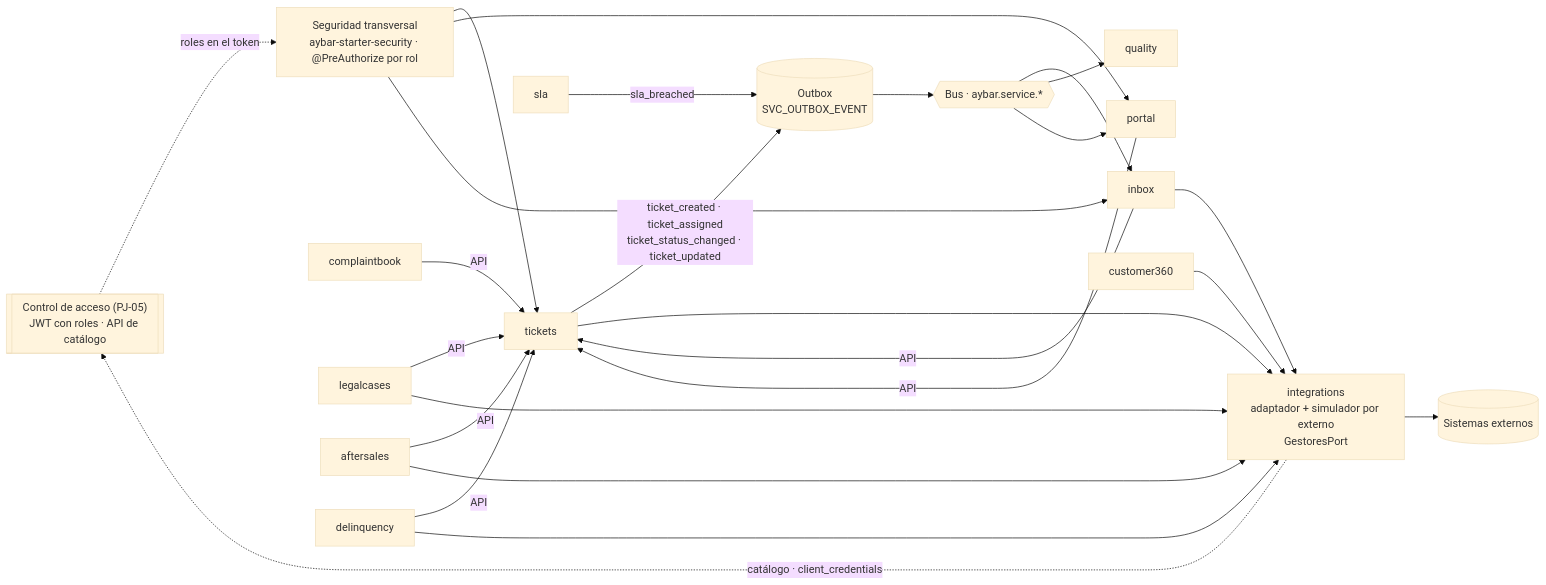
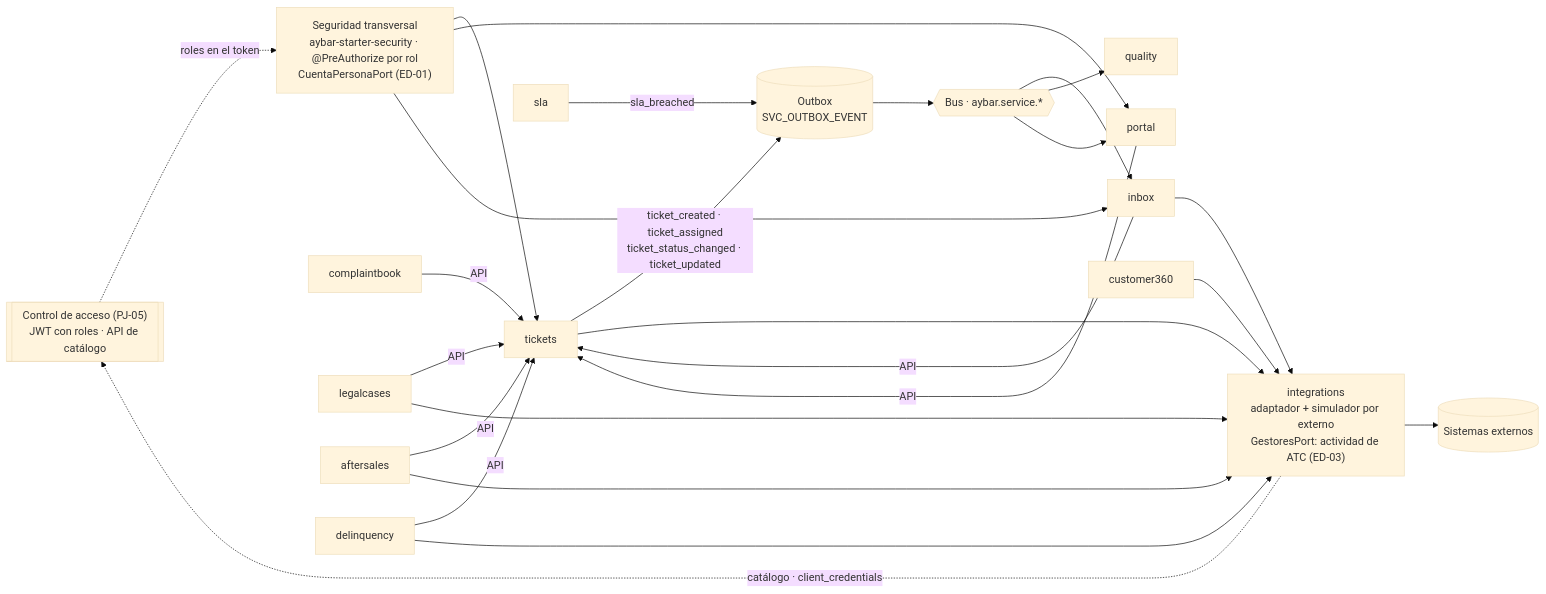
Before and after one commit to michel-poma-huachihuaco/tyc-mockup: the third of 5 diagrams in propuesta-po/documentacion/paquete-definir-etapa1-v1.3/arquitectura/diagrama-arquitectura.md, drawn with Mermaid (base theme). The commit also changed other lines of this file and 69 other files, not shown here.

````diff
--- a/propuesta-po/documentacion/paquete-definir-etapa1-v1.3/arquitectura/diagrama-arquitectura.md
+++ b/propuesta-po/documentacion/paquete-definir-etapa1-v1.3/arquitectura/diagrama-arquitectura.md
@@ -174,42 +175,42 @@
 ```mermaid
 flowchart LR
   ctrl[["Control de acceso (PJ-05)<br/>JWT con roles · API de catálogo"]]
-  sec["Seguridad transversal<br/>aybar-starter-security · @PreAuthorize por rol"]
+  sec["Seguridad transversal<br/>aybar-starter-security · @PreAuthorize por rol<br/>CuentaPersonaPort (ED-01)"]
   tickets[tickets]
   sla[sla]
   cbook[complaintbook]
   lcases[legalcases]
   aftersales[aftersales]
   portal[portal]
   quality[quality]
   inbox[inbox]
   c360[customer360]
   delinq[delinquency]
-  integ["integrations<br/>adaptador + simulador por externo<br/>GestoresPort"]
+  integ["integrations<br/>adaptador + simulador por externo<br/>GestoresPort: actividad de ATC (ED-03)"]
   outbox[("Outbox<br/>SVC_OUTBOX_EVENT")]
   bus{{"Bus · aybar.service.*"}}
   ctrl -. "roles en el token" .-> sec
   sec --> tickets
   sec --> portal
   sec --> inbox
   integ -. "catálogo · client_credentials" .-> ctrl
   portal -- API --> tickets
   cbook -- API --> tickets
   lcases -- API --> tickets
   aftersales -- API --> tickets
   delinq -- API --> tickets
   inbox -- API --> tickets
   tickets -- "ticket_created · ticket_assigned<br/>ticket_status_changed · ticket_updated" --> outbox
   sla -- sla_breached --> outbox
   outbox --> bus
   bus --> inbox
   bus --> quality
   bus --> portal
   c360 --> integ
   delinq --> integ
   lcases --> integ
   aftersales --> integ
   tickets --> integ
   inbox --> integ
   integ --> ext[(Sistemas externos)]
 ```
````
